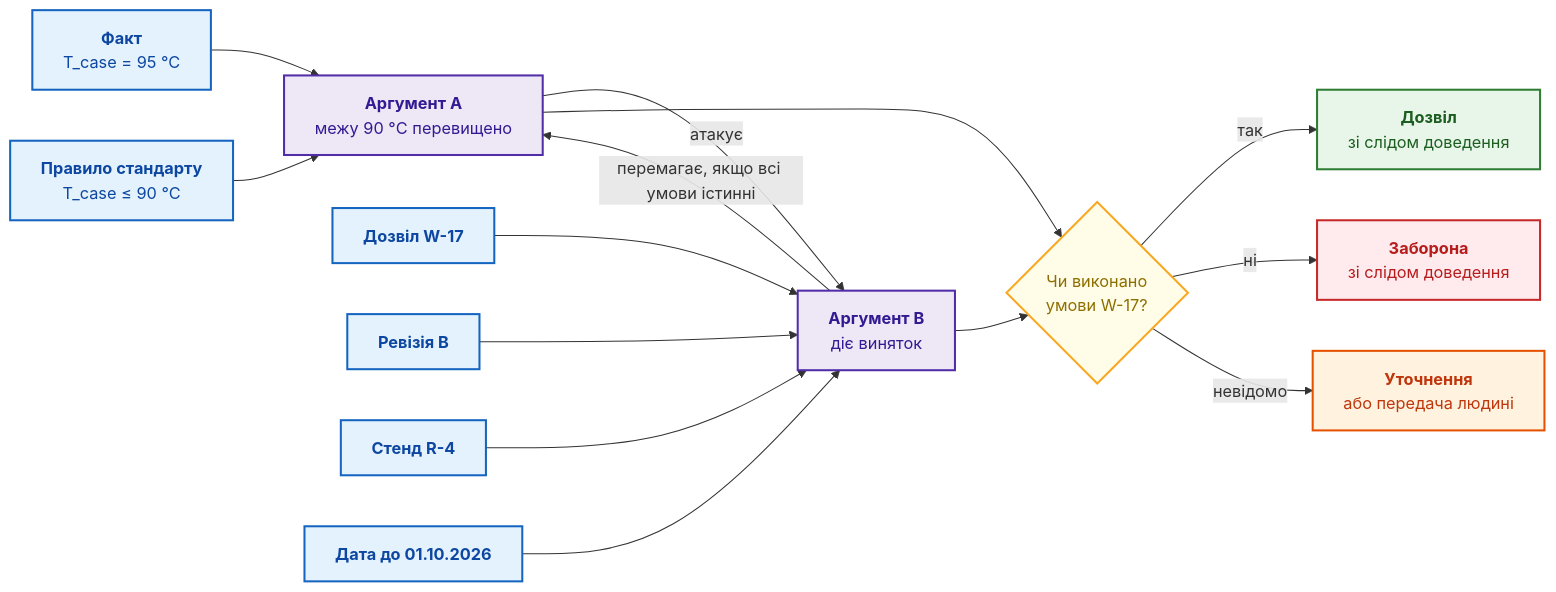
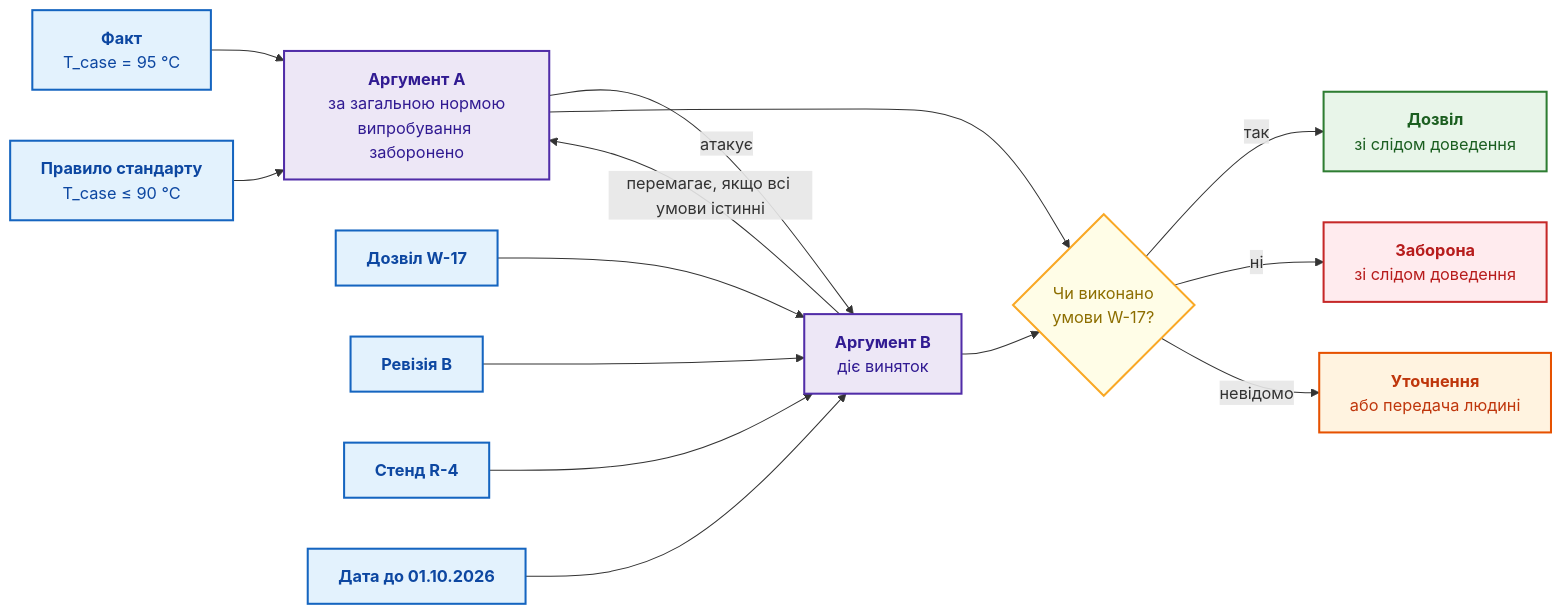
The fifth of 9 diagrams in ExpertSystem/ch02-epistemology-of-machine-knowledge.md (nick-fedchik/articles), drawn with Mermaid before and after one commit. The commit also changed other lines of this file and 193 other files, not shown here.

````diff
--- a/ExpertSystem/ch02-epistemology-of-machine-knowledge.md
+++ b/ExpertSystem/ch02-epistemology-of-machine-knowledge.md
@@ -652,32 +652,32 @@
 ```mermaid
 flowchart LR
     accTitle: Аргумент стандарту й аргумент винятку
-    accDescr: Аргумент A спирається на факт температури й правило стандарту. Аргумент B спирається на дозвіл W-17 і три умови. Аргументи атакують один одного, а результат залежить від того, чи виконано умови W-17.
+    accDescr: Аргумент A виводить загальну заборону випробування з температури й правила стандарту. Аргумент B обґрунтовує нормативний виняток за трьома умовами W-17, не спростовуючи факту перевищення 90 градусів. Результат залежить від виконання умов дозволу.
 
-    F["<b>Факт</b><br/>T_case = 95 °C"] --> A["<b>Аргумент A</b><br/>межу 90 °C перевищено"]
+    F["<b>Факт</b><br/>T_case = 95 °C"] --> A["<b>Аргумент A</b><br/>за загальною нормою<br/>випробування заборонено"]
     R["<b>Правило стандарту</b><br/>T_case ≤ 90 °C"] --> A
     W["<b>Дозвіл W-17</b>"] --> B["<b>Аргумент B</b><br/>діє виняток"]
     C1["<b>Ревізія B</b>"] --> B
     C2["<b>Стенд R-4</b>"] --> B
     C3["<b>Дата до 01.10.2026</b>"] --> B
     A -->|"атакує"| B
     B -->|"перемагає, якщо всі умови істинні"| A
     A & B --> ST{"Чи виконано<br/>умови W-17?"}
     ST -->|"так"| ALLOW["<b>Дозвіл</b><br/>зі слідом доведення"]
     ST -->|"ні"| DENY["<b>Заборона</b><br/>зі слідом доведення"]
     ST -->|"невідомо"| ESC["<b>Уточнення</b><br/>або передача людині"]
 
     classDef fact fill:#e3f2fd,stroke:#1565c0,stroke-width:2px,color:#0d47a1;
     classDef arg fill:#ede7f6,stroke:#512da8,stroke-width:2px,color:#311b92;
     classDef branch fill:#fffde7,stroke:#f9a825,stroke-width:2px,color:#8d6e00;
     classDef allow fill:#e8f5e9,stroke:#2e7d32,stroke-width:2px,color:#1b5e20;
     classDef deny fill:#ffebee,stroke:#c62828,stroke-width:2px,color:#b71c1c;
     classDef esc fill:#fff3e0,stroke:#e65100,stroke-width:2px,color:#bf360c;
 
     class F,R,W,C1,C2,C3 fact;
     class A,B arg;
     class ST branch;
     class ALLOW allow;
     class DENY deny;
     class ESC esc;
 ```
````
